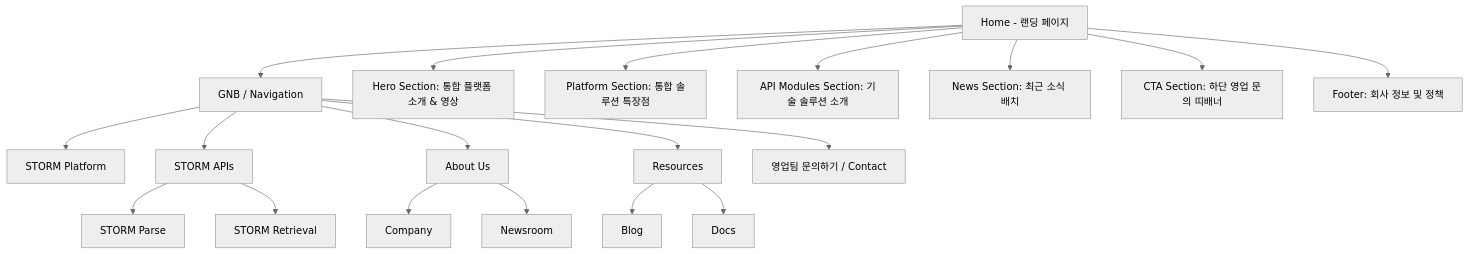
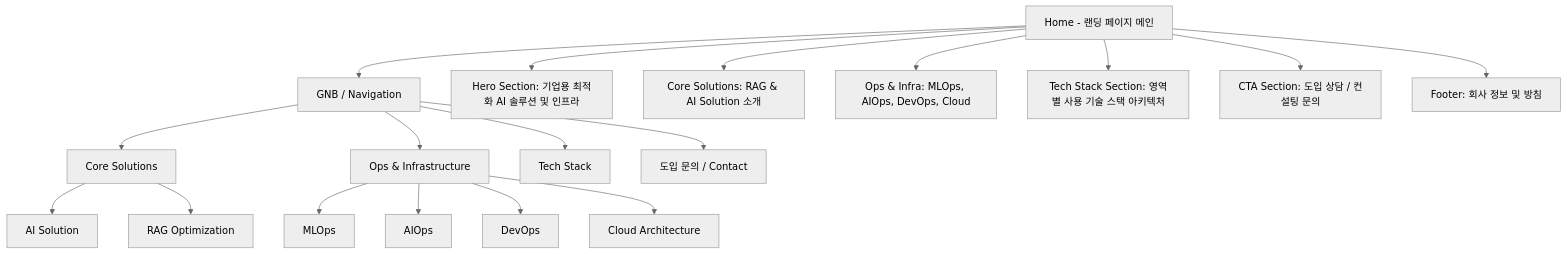
One commit to chjnett/rag_landing_new changed the first of 2 diagrams in Sionic_Style_LandingPage_Plan.md. Above: the diagram before and after it, drawn with Mermaid (neutral theme). The commit also changed other lines of this file, not shown here.

````diff
--- a/Sionic_Style_LandingPage_Plan.md
+++ b/Sionic_Style_LandingPage_Plan.md
@@ -19,24 +16,23 @@
 ```mermaid
 graph TD
-    Home[Home - 랜딩 페이지]
+    Home[Home - 랜딩 페이지 메인]
     
     Home --> Nav[GNB / Navigation]
-    Nav --> Platform[STORM Platform]
-    Nav --> APIs[STORM APIs]
-    APIs --> Parse[STORM Parse]
-    APIs --> Retrieval[STORM Retrieval]
-    Nav --> About[About Us]
-    About --> Company[Company]
-    About --> News[Newsroom]
-    Nav --> Resources[Resources]
-    Resources --> Blog[Blog]
-    Resources --> Docs[Docs]
-    Nav --> Contact[영업팀 문의하기 / Contact]
+    Nav --> Solutions[Core Solutions]
+    Solutions --> AISol[AI Solution]
+    Solutions --> RAG[RAG Optimization]
+    Nav --> OpsInfrastructure[Ops & Infrastructure]
+    OpsInfrastructure --> MLOps[MLOps]
+    OpsInfrastructure --> AIOps[AIOps]
+    OpsInfrastructure --> DevOps[DevOps]
+    OpsInfrastructure --> Cloud[Cloud Architecture]
+    Nav --> TechStack[Tech Stack]
+    Nav --> Contact[도입 문의 / Contact]
 
-    Home --> Sec1[Hero Section: 통합 플랫폼 소개 & 영상]
-    Home --> Sec2[Platform Section: 통합 솔루션 특장점]
-    Home --> Sec3[API Modules Section: 기술 솔루션 소개]
-    Home --> Sec4[News Section: 최근 소식 배치]
-    Home --> Sec5[CTA Section: 하단 영업 문의 띠배너]
-    Home --> Footer[Footer: 회사 정보 및 정책]
+    Home --> Sec1[Hero Section: 기업용 최적화 AI 솔루션 및 인프라]
+    Home --> Sec2[Core Solutions: RAG & AI Solution 소개]
+    Home --> Sec3[Ops & Infra: MLOps, AIOps, DevOps, Cloud]
+    Home --> Sec4[Tech Stack Section: 영역별 사용 기술 스택 아키텍처]
+    Home --> Sec5[CTA Section: 도입 상담 / 컨설팅 문의]
+    Home --> Footer[Footer: 회사 정보 및 방침]
 ```
````
